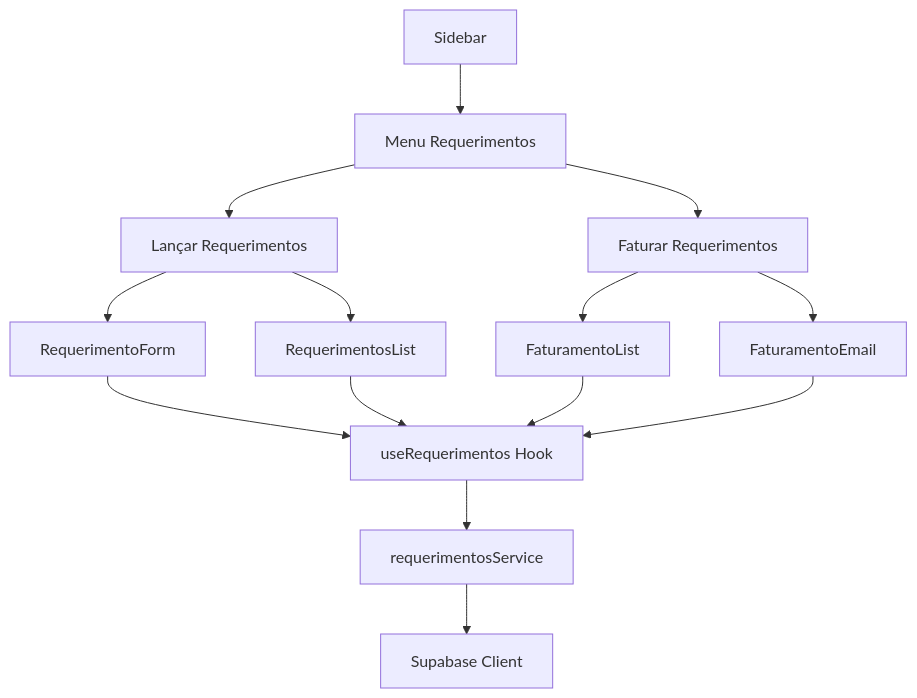
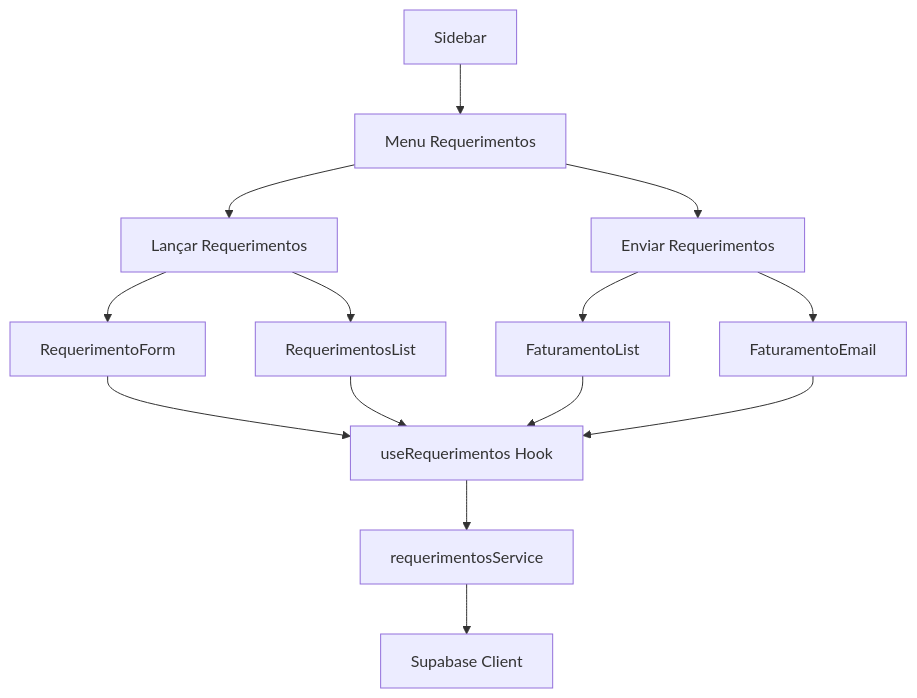
One commit to qualidade-ams/books-sonda changed the second of 2 diagrams in .kiro/specs/sistema-requerimentos/design.md. Above: the diagram before and after it, drawn with Mermaid. The commit also changed 18 other files, not shown here.

````diff
--- a/.kiro/specs/sistema-requerimentos/design.md
+++ b/.kiro/specs/sistema-requerimentos/design.md
@@ -33,20 +33,20 @@
 ```mermaid
 graph TB
     A[Sidebar] --> B[Menu Requerimentos]
     B --> C[Lançar Requerimentos]
-    B --> D[Faturar Requerimentos]
+    B --> D[Enviar Requerimentos]
     
     C --> E[RequerimentoForm]
     C --> F[RequerimentosList]
     
     D --> G[FaturamentoList]
     D --> H[FaturamentoEmail]
     
     E --> I[useRequerimentos Hook]
     F --> I
     G --> I
     H --> I
     
     I --> J[requerimentosService]
     J --> K[Supabase Client]
 ```
````
